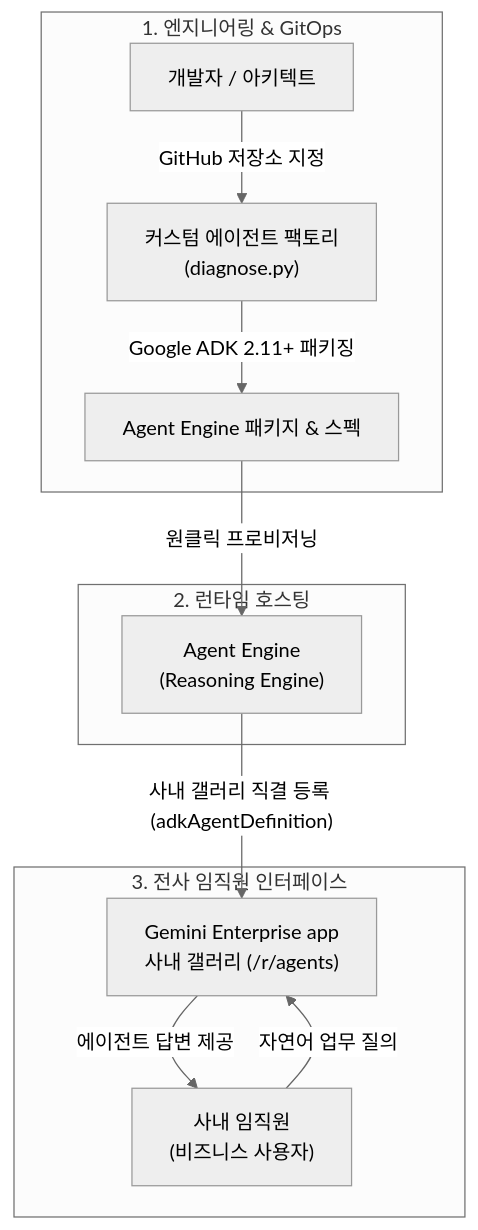
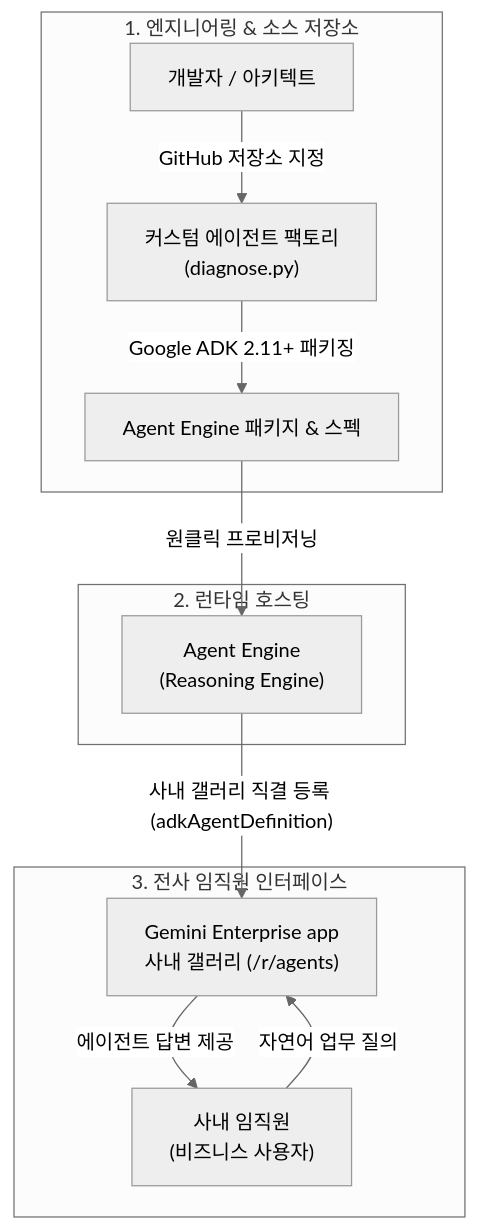
The diagram in samples/gemini-enterprise-copilot-custom/README.md (jiangjun-forge/google-cloud-0-to-1), drawn with Mermaid (neutral theme) before and after one commit. The commit also changed other lines of this file and 10 other files, not shown here.

````diff
--- a/samples/gemini-enterprise-copilot-custom/README.md
+++ b/samples/gemini-enterprise-copilot-custom/README.md
@@ -110,17 +110,17 @@
 ```mermaid
 flowchart TB
-    subgraph Dev["1. 엔지니어링 & GitOps"]
+    subgraph Dev["1. 엔지니어링 & 소스 저장소"]
         A["개발자 / 아키텍트"] -->|"GitHub 저장소 지정"| B["커스텀 에이전트 팩토리<br/>(diagnose.py)"]
         B -->|"Google ADK 2.11+ 패키징"| C["Agent Engine 패키지 & 스펙"]
     end
 
     subgraph Runtime["2. 런타임 호스팅"]
         C -->|"원클릭 프로비저닝"| D["Agent Engine<br/>(Reasoning Engine)"]
     end
 
     subgraph Portal["3. 전사 임직원 인터페이스"]
         D -->|"사내 갤러리 직결 등록 (adkAgentDefinition)"| F["Gemini Enterprise app<br/>사내 갤러리 (/r/agents)"]
         G["사내 임직원<br/>(비즈니스 사용자)"] -->|"자연어 업무 질의"| F
         F -->|"에이전트 답변 제공"| G
     end
 ```
````
